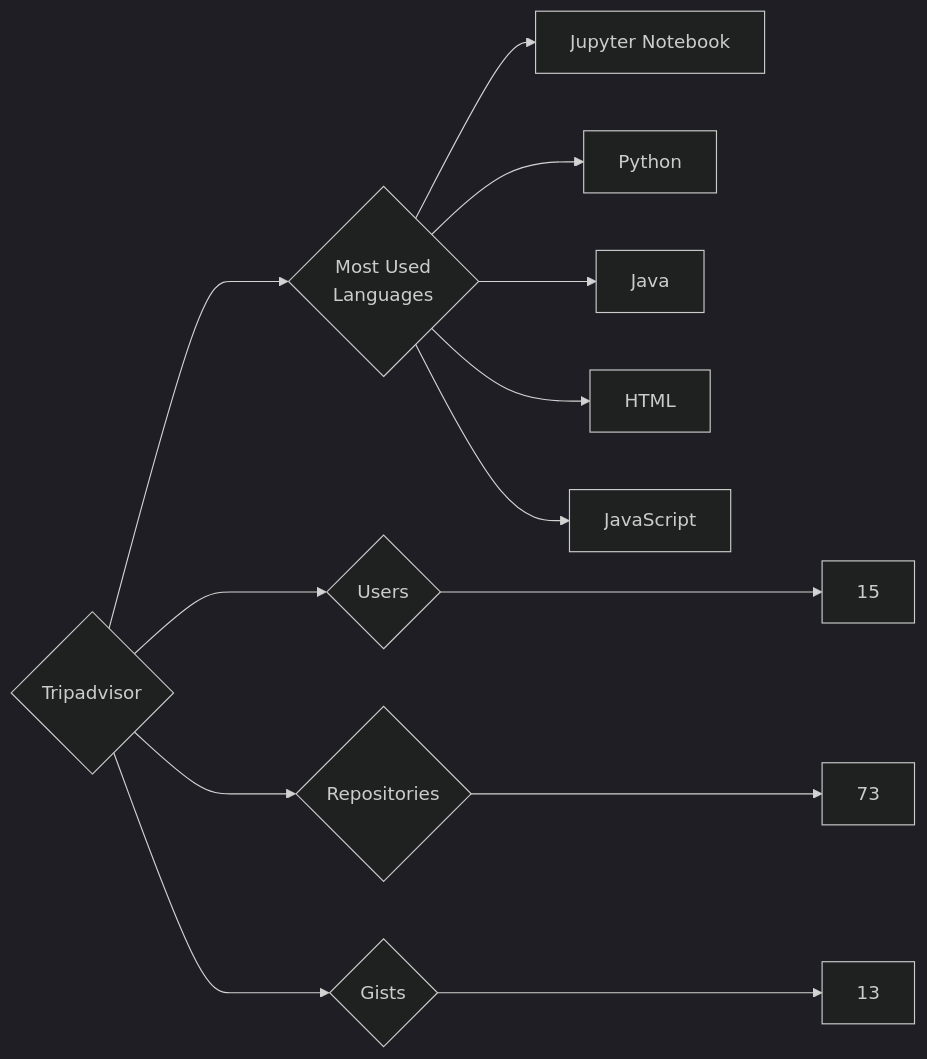
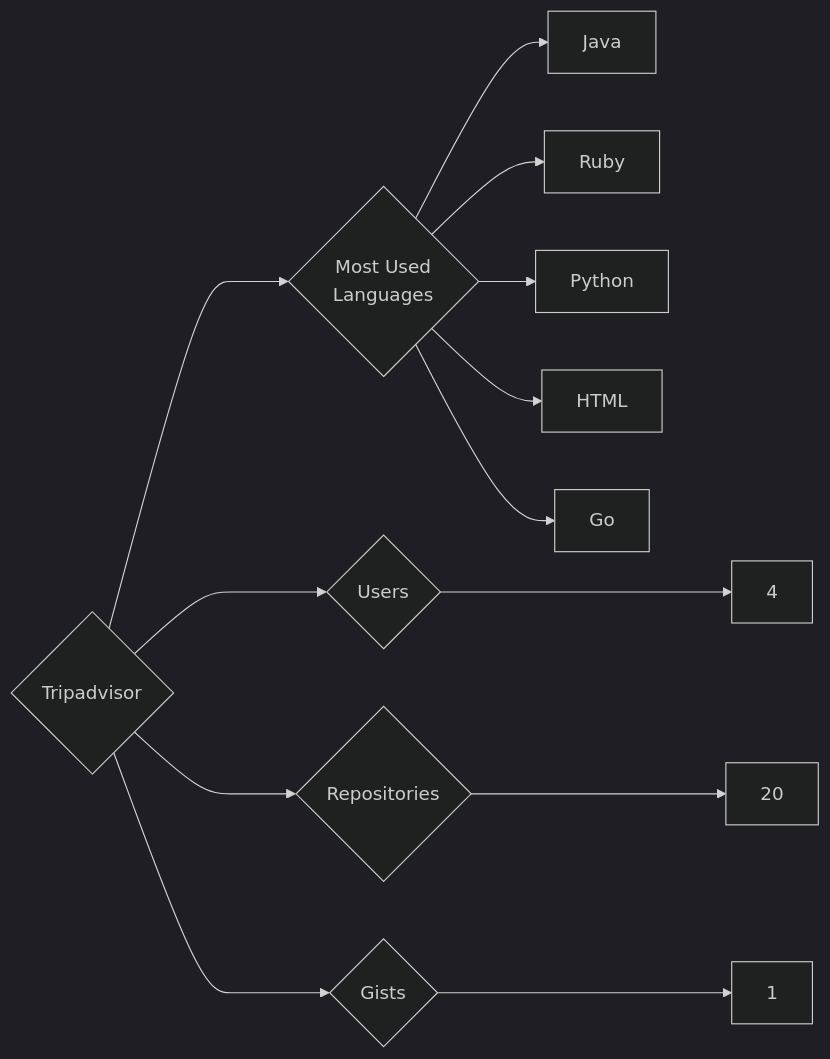
One commit to trickest/insiders changed the diagram in targets/Tripadvisor/README.md. Above: the diagram before and after it, drawn with Mermaid (dark theme). The commit also changed 948 other files, not shown here.

````diff
--- a/targets/Tripadvisor/README.md
+++ b/targets/Tripadvisor/README.md
@@ -3,13 +3,13 @@
 ```mermaid
 graph LR
 COMPANY_NAME{Tripadvisor}
-COMPANY_NAME ---> U{Users} ---> UN[15]
-COMPANY_NAME ---> R{Repositories} ---> RN[73]
-COMPANY_NAME ---> G{Gists} ---> GN[13]
+COMPANY_NAME ---> U{Users} ---> UN[4]
+COMPANY_NAME ---> R{Repositories} ---> RN[20]
+COMPANY_NAME ---> G{Gists} ---> GN[1]
 COMPANY_NAME ---> ML{Most Used<br>Languages}
-ML --> Jupyter_Notebook[Jupyter Notebook]
+ML --> Java[Java]
+ML --> Ruby[Ruby]
 ML --> Python[Python]
-ML --> Java[Java]
 ML --> HTML[HTML]
-ML --> JavaScript[JavaScript]
+ML --> Go[Go]
 ```
````
